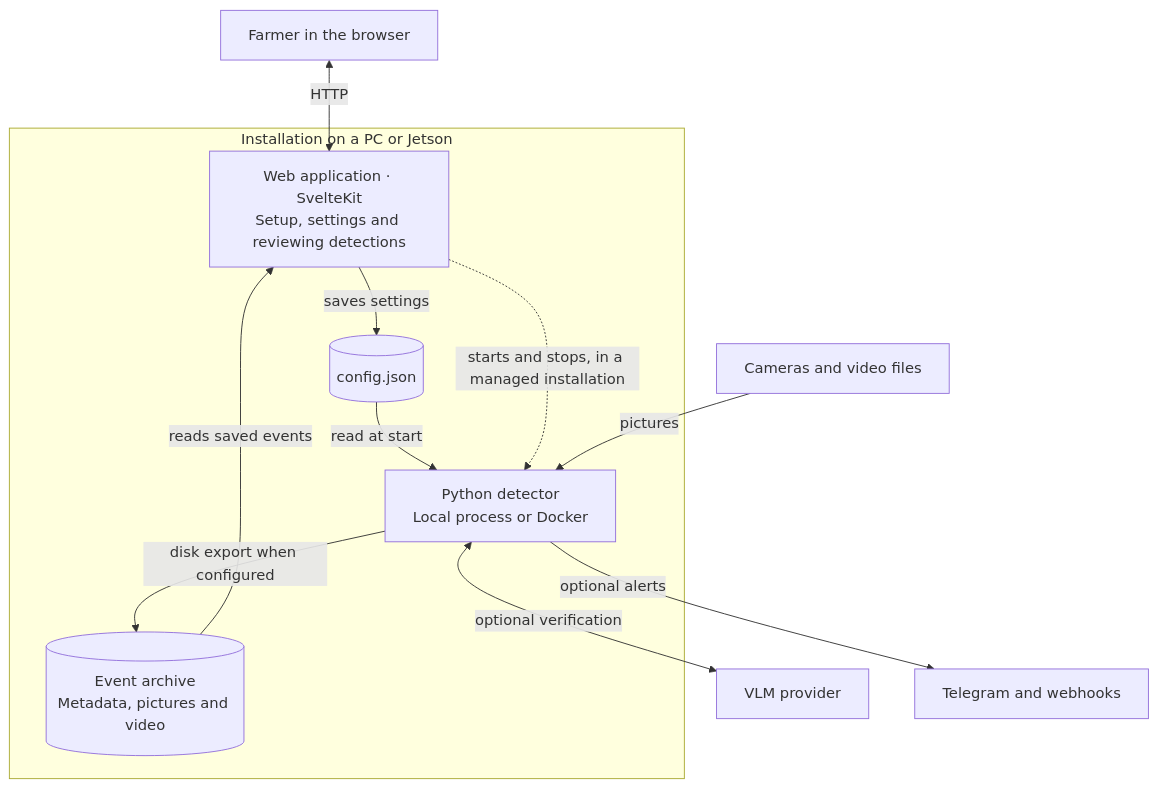
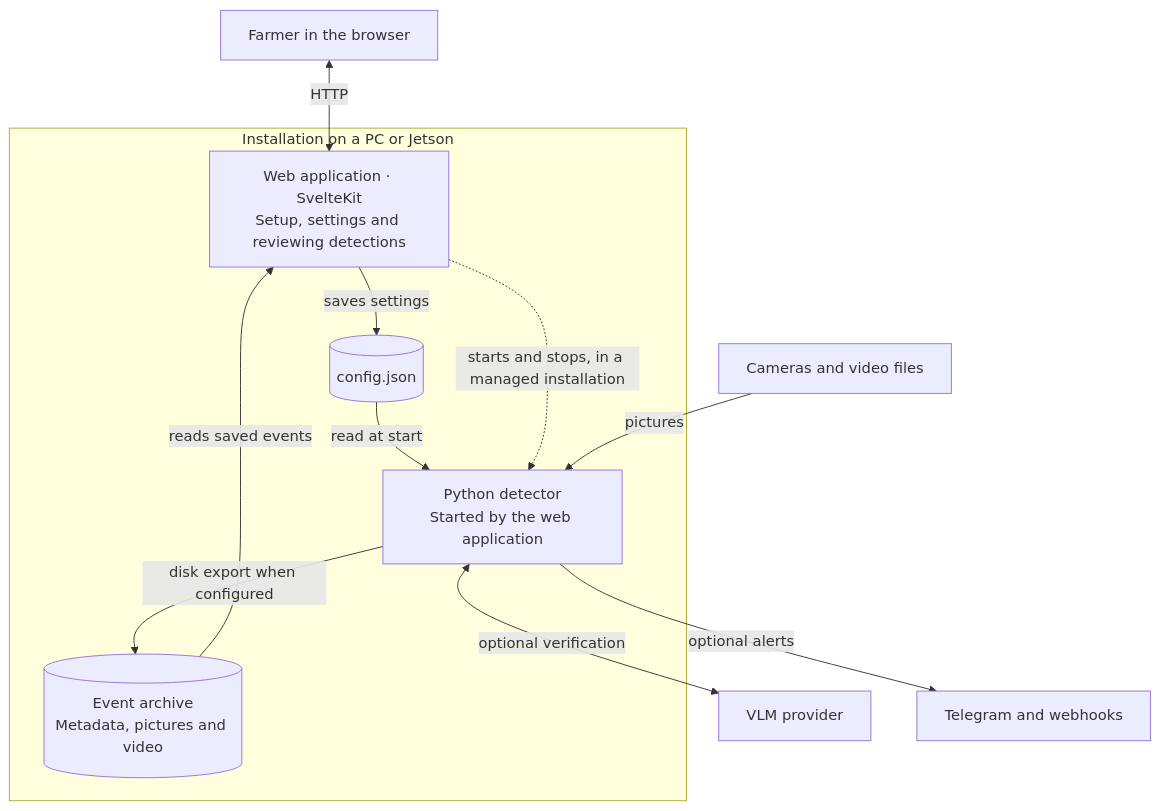
One commit to ESchouten/ai-detector changed the first of 4 diagrams in SYSTEM_OVERVIEW.md. Above: the diagram before and after it, drawn with Mermaid. The commit also changed other lines of this file and 21 other files, not shown here.

First line of the commit message:
Build one container image that runs the web application and its detector

````diff
--- a/SYSTEM_OVERVIEW.md
+++ b/SYSTEM_OVERVIEW.md
@@ -9,23 +9,23 @@
 ```mermaid
 flowchart TB
     User["Farmer in the browser"]
     Sources["Cameras and video files"]
 
     subgraph Installation["Installation on a PC or Jetson"]
         Web["Web application · SvelteKit<br/>Setup, settings and reviewing detections"]
         Config[("config.json")]
-        Detector["Python detector<br/>Local process or Docker"]
+        Detector["Python detector<br/>Started by the web application"]
         Archive[("Event archive<br/>Metadata, pictures and video")]
 
         Web -->|saves settings| Config
         Config -->|read at start| Detector
         Detector -->|disk export when configured| Archive
         Archive -->|reads saved events| Web
         Web -.->|starts and stops, in a managed installation| Detector
     end
 
     User <-->|HTTP| Web
     Sources -->|pictures| Detector
     Detector <-->|optional verification| VLM["VLM provider"]
     Detector -->|optional alerts| Destinations["Telegram and webhooks"]
 ```
````
